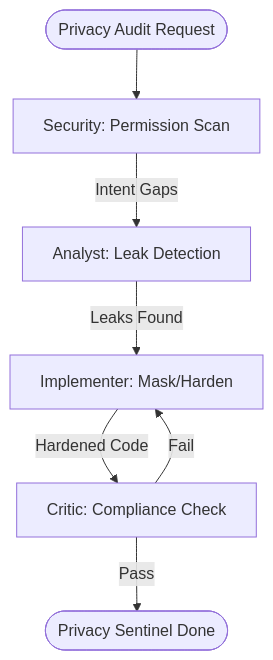
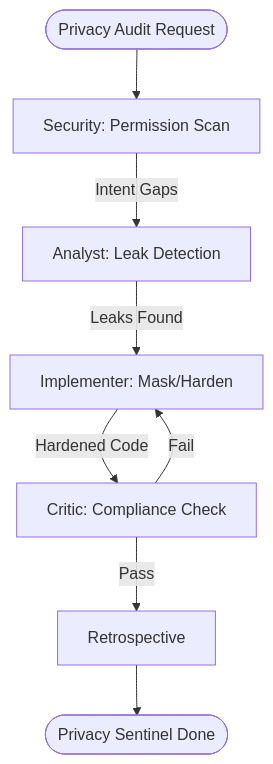
The diagram in custom-agents/workflows/security/SpatialPrivacy.workflow.md (seanspiesman/Agents-and-Workflows), drawn with Mermaid before and after one commit. The commit also changed other lines of this file and 38 other files, not shown here.

````diff
--- a/custom-agents/workflows/security/SpatialPrivacy.workflow.md
+++ b/custom-agents/workflows/security/SpatialPrivacy.workflow.md
@@ -58,9 +66,10 @@
 ```mermaid
 flowchart TD
     Start([Privacy Audit Request]) --> P1[Security: Permission Scan]
     P1 -->|Intent Gaps| P2[Analyst: Leak Detection]
     P2 -->|Leaks Found| P3[Implementer: Mask/Harden]
     P3 -->|Hardened Code| P4[Critic: Compliance Check]
     P4 -->|Fail| P3
-    P4 -->|Pass| End([Privacy Sentinel Done])
+    P4 -->|Pass| P5[Retrospective]
+    P5 --> End([Privacy Sentinel Done])
 ```
````
